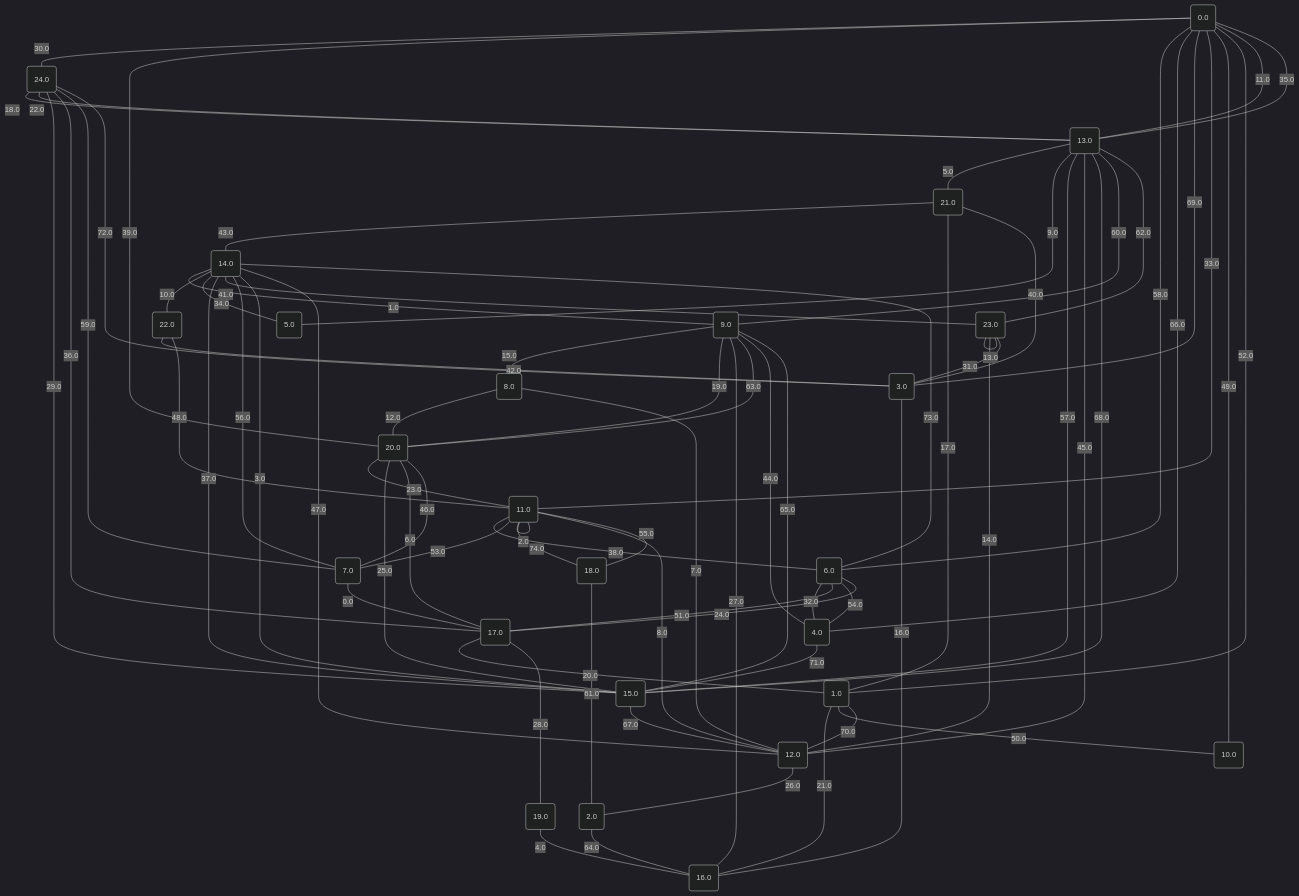
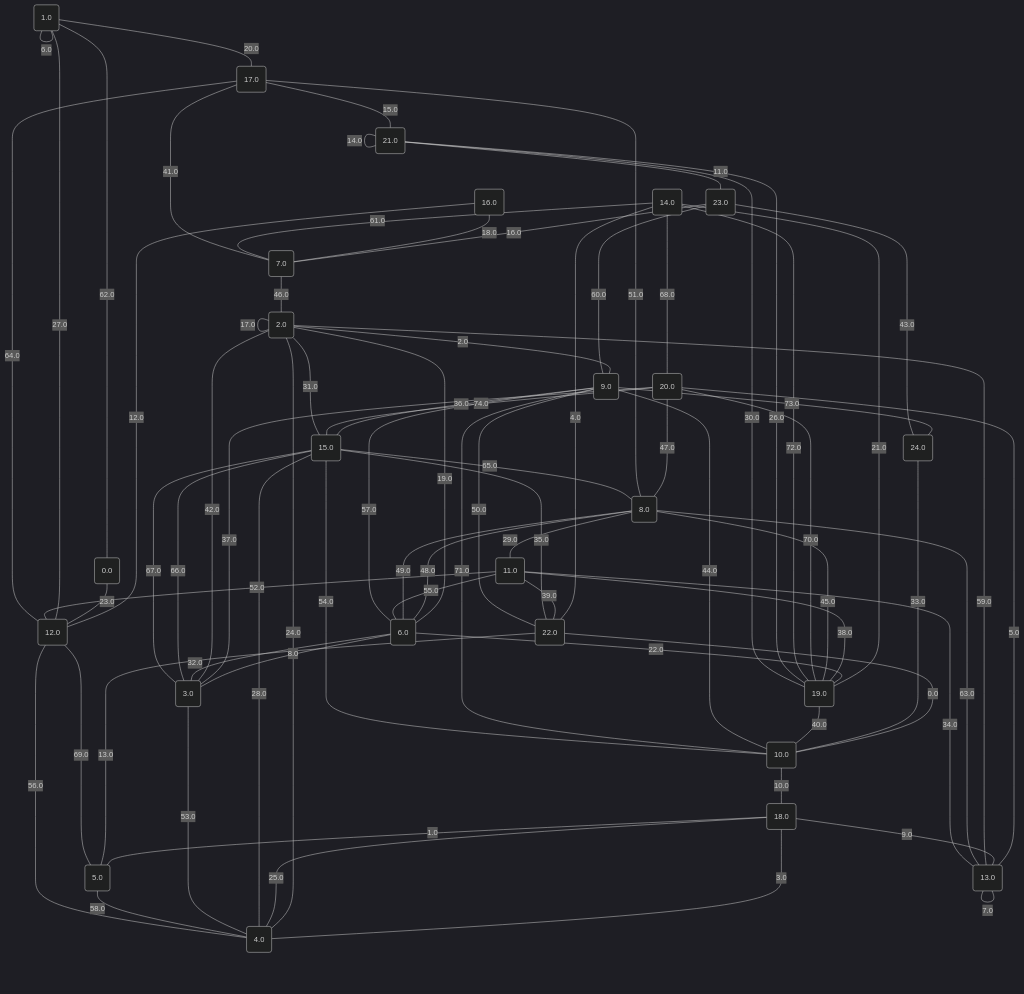
One commit to metury/graphs changed the diagram in project/src/testing/graphs/20.md. Above: the diagram before and after it, drawn with Mermaid (dark theme). The commit also changed 52 other files, not shown here.

````diff
--- a/project/src/testing/graphs/20.md
+++ b/project/src/testing/graphs/20.md
@@ -25,79 +25,79 @@
 22("22.0");
 23("23.0");
 24("24.0");
-	7 -- "0.0" --- 17;
-	14 -- "1.0" --- 9;
-	11 -- "2.0" --- 11;
-	15 -- "3.0" --- 14;
-	19 -- "4.0" --- 16;
-	13 -- "5.0" --- 21;
-	17 -- "6.0" --- 20;
-	12 -- "7.0" --- 8;
-	12 -- "8.0" --- 11;
-	13 -- "9.0" --- 5;
-	14 -- "10.0" --- 22;
-	13 -- "11.0" --- 0;
-	8 -- "12.0" --- 20;
-	23 -- "13.0" --- 23;
-	23 -- "14.0" --- 12;
-	9 -- "15.0" --- 8;
-	3 -- "16.0" --- 16;
-	1 -- "17.0" --- 21;
-	24 -- "18.0" --- 13;
-	9 -- "19.0" --- 20;
-	17 -- "20.0" --- 1;
-	1 -- "21.0" --- 16;
-	24 -- "22.0" --- 13;
-	20 -- "23.0" --- 11;
-	17 -- "24.0" --- 6;
-	20 -- "25.0" --- 15;
-	12 -- "26.0" --- 2;
-	9 -- "27.0" --- 16;
-	17 -- "28.0" --- 19;
-	24 -- "29.0" --- 15;
-	0 -- "30.0" --- 24;
-	23 -- "31.0" --- 3;
-	6 -- "32.0" --- 4;
-	11 -- "33.0" --- 0;
-	14 -- "34.0" --- 5;
-	13 -- "35.0" --- 0;
-	17 -- "36.0" --- 24;
-	14 -- "37.0" --- 15;
-	11 -- "38.0" --- 6;
-	0 -- "39.0" --- 20;
-	3 -- "40.0" --- 21;
-	14 -- "41.0" --- 23;
-	22 -- "42.0" --- 3;
-	21 -- "43.0" --- 14;
-	4 -- "44.0" --- 9;
-	12 -- "45.0" --- 13;
-	7 -- "46.0" --- 20;
-	12 -- "47.0" --- 14;
-	22 -- "48.0" --- 11;
-	10 -- "49.0" --- 0;
-	1 -- "50.0" --- 10;
-	6 -- "51.0" --- 17;
-	1 -- "52.0" --- 0;
-	11 -- "53.0" --- 7;
-	4 -- "54.0" --- 6;
-	18 -- "55.0" --- 11;
-	14 -- "56.0" --- 7;
-	13 -- "57.0" --- 15;
-	0 -- "58.0" --- 6;
-	7 -- "59.0" --- 24;
-	9 -- "60.0" --- 13;
-	18 -- "61.0" --- 2;
-	23 -- "62.0" --- 13;
-	9 -- "63.0" --- 20;
-	2 -- "64.0" --- 16;
-	15 -- "65.0" --- 9;
-	0 -- "66.0" --- 4;
-	15 -- "67.0" --- 12;
-	15 -- "68.0" --- 13;
-	0 -- "69.0" --- 3;
-	1 -- "70.0" --- 12;
-	4 -- "71.0" --- 15;
-	3 -- "72.0" --- 24;
-	6 -- "73.0" --- 14;
-	11 -- "74.0" --- 18;
+	22 -- "0.0" --- 10;
+	18 -- "1.0" --- 5;
+	2 -- "2.0" --- 9;
+	18 -- "3.0" --- 4;
+	14 -- "4.0" --- 22;
+	20 -- "5.0" --- 13;
+	1 -- "6.0" --- 1;
+	13 -- "7.0" --- 13;
+	6 -- "8.0" --- 3;
+	18 -- "9.0" --- 13;
+	10 -- "10.0" --- 18;
+	21 -- "11.0" --- 23;
+	16 -- "12.0" --- 12;
+	22 -- "13.0" --- 5;
+	21 -- "14.0" --- 21;
+	17 -- "15.0" --- 21;
+	23 -- "16.0" --- 7;
+	2 -- "17.0" --- 2;
+	16 -- "18.0" --- 7;
+	2 -- "19.0" --- 6;
+	1 -- "20.0" --- 17;
+	14 -- "21.0" --- 19;
+	6 -- "22.0" --- 19;
+	0 -- "23.0" --- 12;
+	2 -- "24.0" --- 4;
+	18 -- "25.0" --- 4;
+	19 -- "26.0" --- 21;
+	1 -- "27.0" --- 12;
+	15 -- "28.0" --- 4;
+	8 -- "29.0" --- 11;
+	19 -- "30.0" --- 21;
+	15 -- "31.0" --- 2;
+	3 -- "32.0" --- 6;
+	24 -- "33.0" --- 10;
+	13 -- "34.0" --- 11;
+	22 -- "35.0" --- 15;
+	9 -- "36.0" --- 15;
+	20 -- "37.0" --- 3;
+	11 -- "38.0" --- 19;
+	11 -- "39.0" --- 22;
+	19 -- "40.0" --- 10;
+	7 -- "41.0" --- 17;
+	2 -- "42.0" --- 3;
+	24 -- "43.0" --- 23;
+	9 -- "44.0" --- 10;
+	8 -- "45.0" --- 19;
+	7 -- "46.0" --- 2;
+	20 -- "47.0" --- 8;
+	8 -- "48.0" --- 6;
+	8 -- "49.0" --- 6;
+	22 -- "50.0" --- 9;
+	17 -- "51.0" --- 8;
+	11 -- "52.0" --- 12;
+	3 -- "53.0" --- 4;
+	10 -- "54.0" --- 15;
+	11 -- "55.0" --- 6;
+	4 -- "56.0" --- 12;
+	9 -- "57.0" --- 6;
+	5 -- "58.0" --- 4;
+	2 -- "59.0" --- 13;
+	23 -- "60.0" --- 9;
+	14 -- "61.0" --- 7;
+	1 -- "62.0" --- 0;
+	8 -- "63.0" --- 13;
+	17 -- "64.0" --- 12;
+	15 -- "65.0" --- 8;
+	3 -- "66.0" --- 15;
+	3 -- "67.0" --- 15;
+	14 -- "68.0" --- 20;
+	12 -- "69.0" --- 5;
+	20 -- "70.0" --- 19;
+	9 -- "71.0" --- 10;
+	14 -- "72.0" --- 19;
+	9 -- "73.0" --- 24;
+	20 -- "74.0" --- 15;
 ```
````
